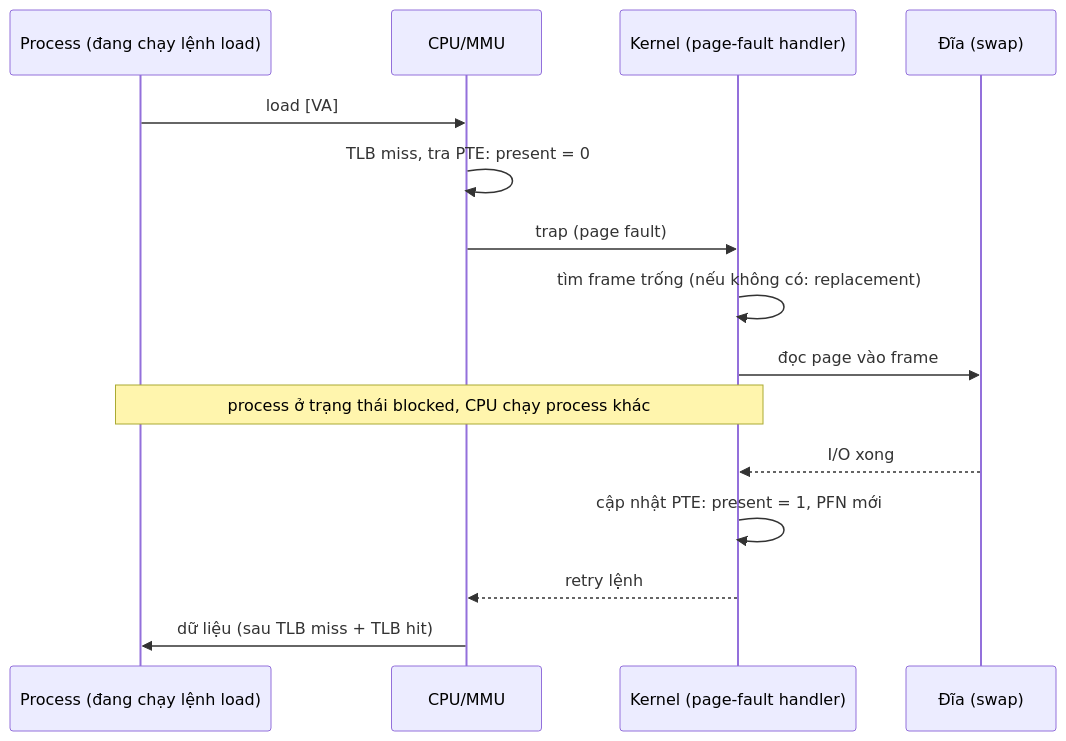
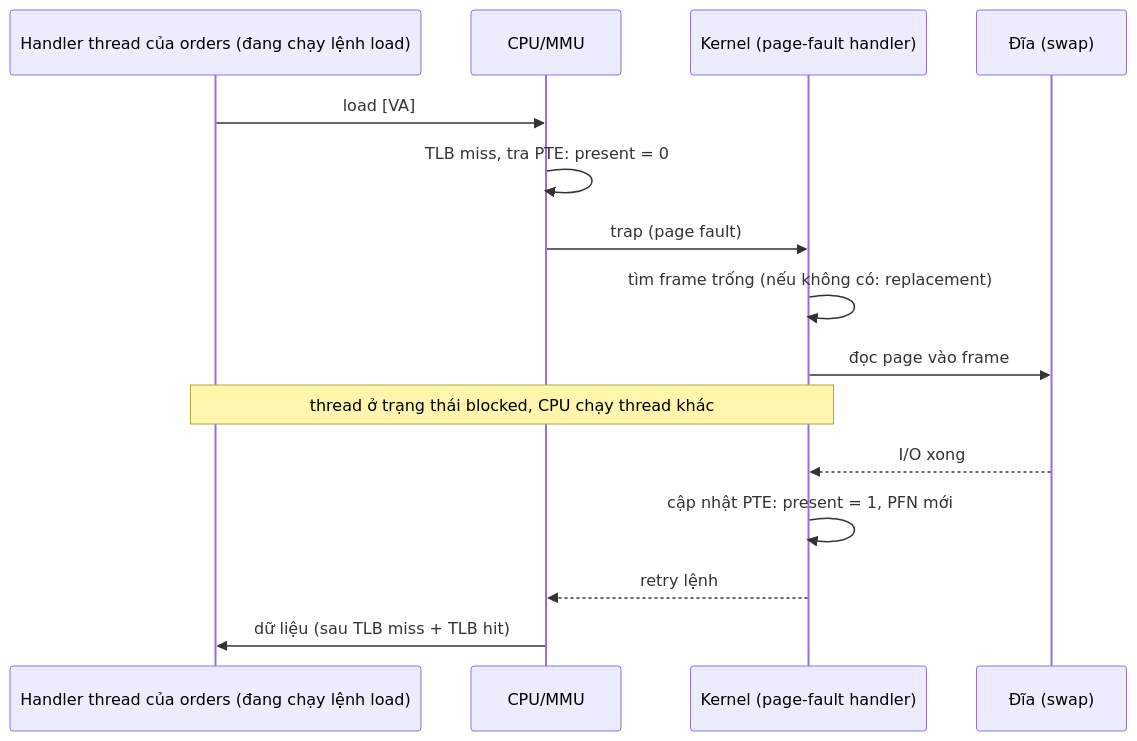
Before and after one commit to pirumu/irust: the first of 3 diagrams in docs/03-memory/04-page-fault-va-swapping.md, drawn with Mermaid. The commit also changed other lines of this file and 10 other files, not shown here.

````diff
--- a/docs/03-memory/04-page-fault-va-swapping.md
+++ b/docs/03-memory/04-page-fault-va-swapping.md
@@ -43,17 +51,17 @@
 ```mermaid
 sequenceDiagram
-  participant P as Process (đang chạy lệnh load)
+  participant P as Handler thread của orders (đang chạy lệnh load)
   participant HW as CPU/MMU
   participant K as Kernel (page-fault handler)
   participant D as Đĩa (swap)
   P->>HW: load [VA]
   HW->>HW: TLB miss, tra PTE: present = 0
   HW->>K: trap (page fault)
   K->>K: tìm frame trống (nếu không có: replacement)
   K->>D: đọc page vào frame
-  Note over P,K: process ở trạng thái blocked, CPU chạy process khác
+  Note over P,K: thread ở trạng thái blocked, CPU chạy thread khác
   D-->>K: I/O xong
   K->>K: cập nhật PTE: present = 1, PFN mới
   K-->>HW: retry lệnh
   HW->>P: dữ liệu (sau TLB miss + TLB hit)
 ```
````
